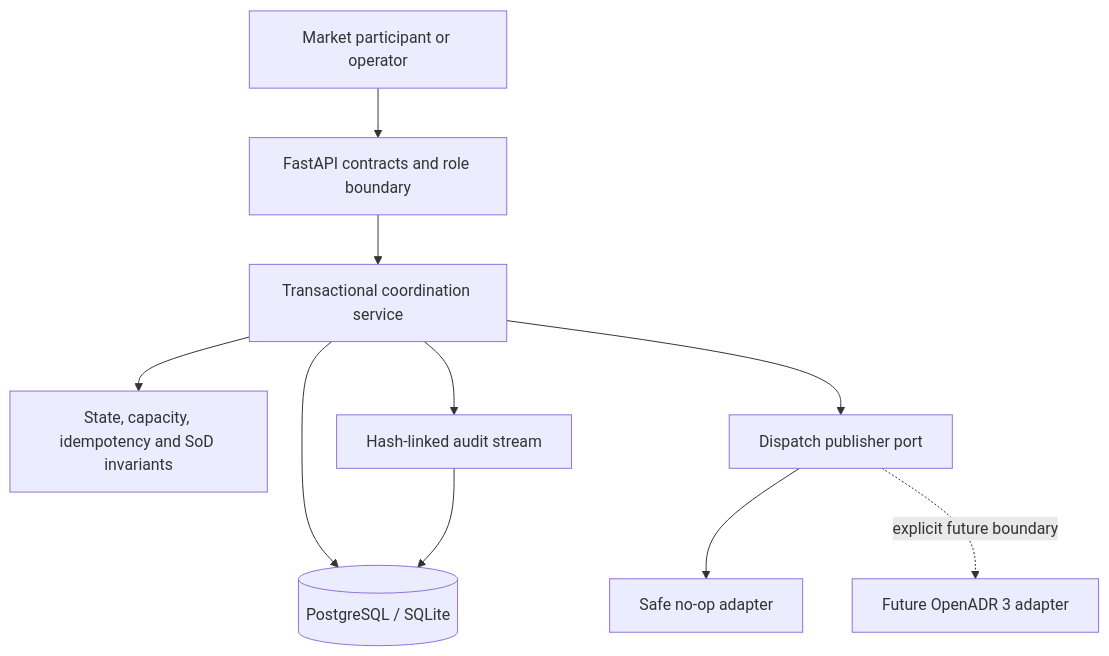
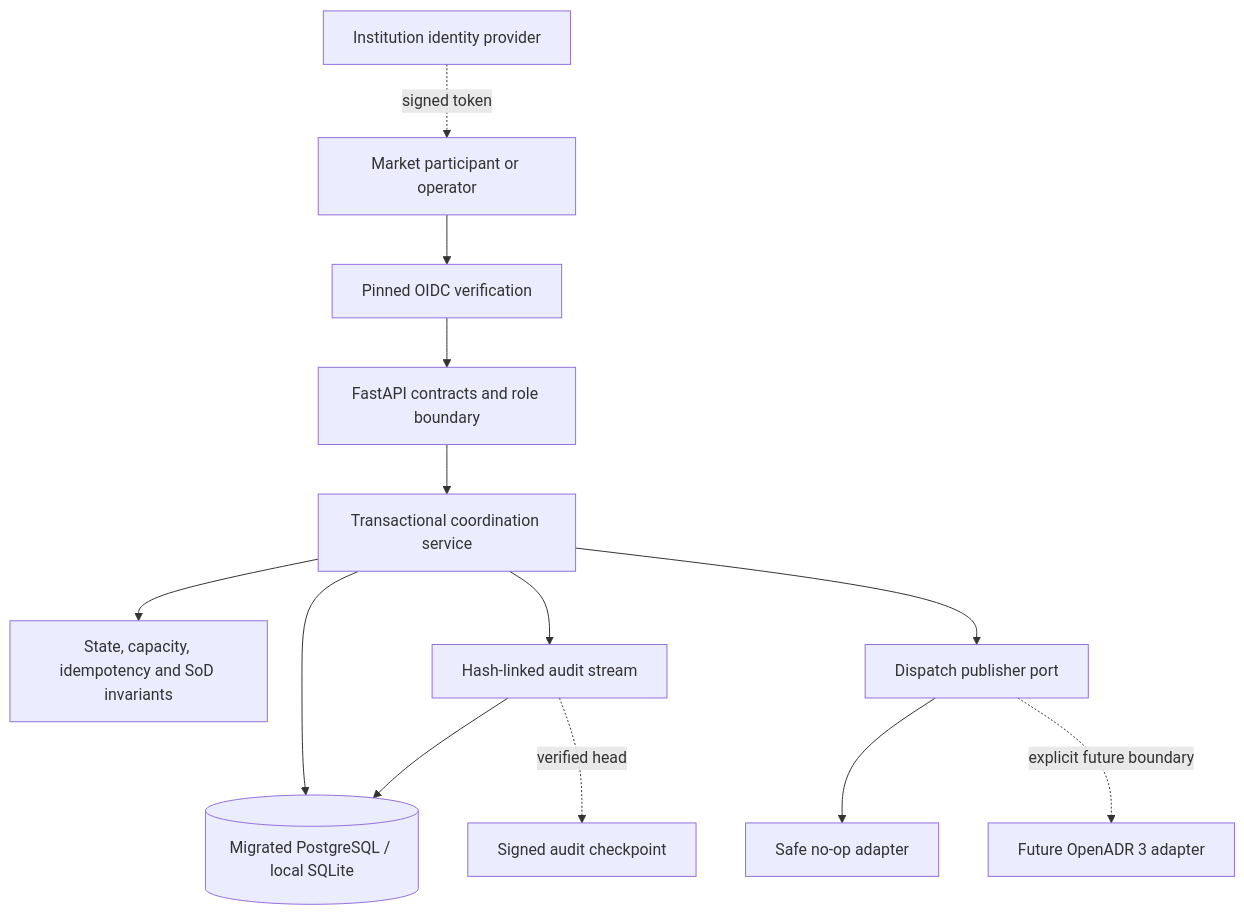
Before and after one commit to bilgekayali/energy-flex-trust-platform: the second of 2 diagrams in README.md, drawn with Mermaid. The commit also changed other lines of this file and 20 other files, not shown here.

````diff
--- a/README.md
+++ b/README.md
@@ -147,20 +149,25 @@
 ```mermaid
 flowchart TB
+    IdP[Institution identity provider]
     Client[Market participant or operator]
+    Auth[Pinned OIDC verification]
     API[FastAPI contracts and role boundary]
     Service[Transactional coordination service]
     Policy[State, capacity, idempotency and SoD invariants]
-    DB[(PostgreSQL / SQLite)]
+    DB[(Migrated PostgreSQL / local SQLite)]
     Audit[Hash-linked audit stream]
+    Checkpoint[Signed audit checkpoint]
     Port[Dispatch publisher port]
     Noop[Safe no-op adapter]
     Future[Future OpenADR 3 adapter]
 
-    Client --> API --> Service
+    IdP -. signed token .-> Client
+    Client --> Auth --> API --> Service
     Service --> Policy
     Service --> DB
     Service --> Audit --> DB
+    Audit -. verified head .-> Checkpoint
     Service --> Port
     Port --> Noop
     Port -. explicit future boundary .-> Future
 ```
````
